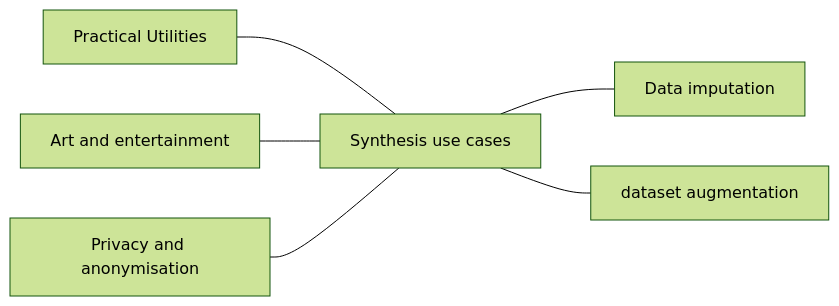
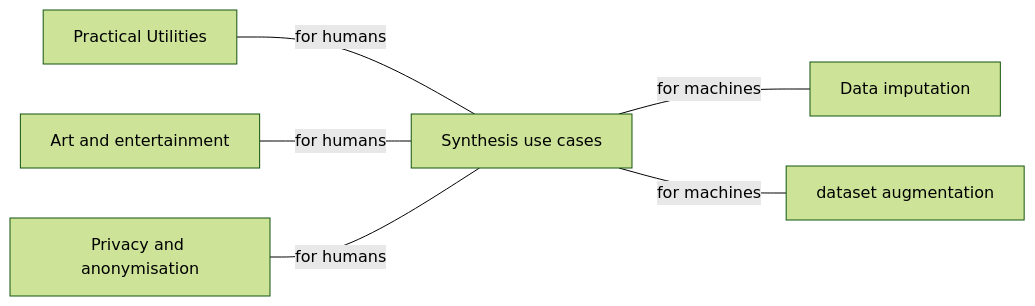
The diagram in Machine_Learning_and_Data_Generation.md (vicky-liu17/vicky-blogs), drawn with Mermaid (forest theme) before and after one commit.

````diff
--- a/Machine_Learning_and_Data_Generation.md
+++ b/Machine_Learning_and_Data_Generation.md
@@ -13,5 +13,5 @@
 ```mermaid
 graph LR;
-A[Practical Utilities] & B[Art and entertainment] & C[Privacy and anonymisation]---D[Synthesis use cases];
-D[Synthesis use cases]---E[Data imputation] & F[dataset augmentation];
+A[Practical Utilities] & B[Art and entertainment] & C[Privacy and anonymisation]---|for humans|D[Synthesis use cases];
+D[Synthesis use cases]---|for machines|E[Data imputation] & F[dataset augmentation];
 ```
````
